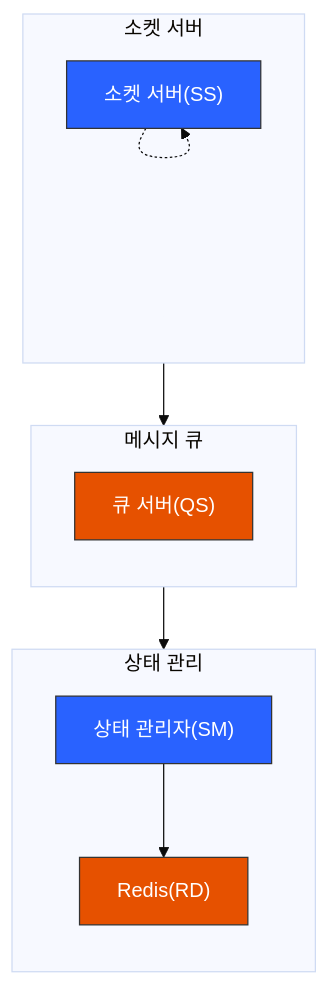
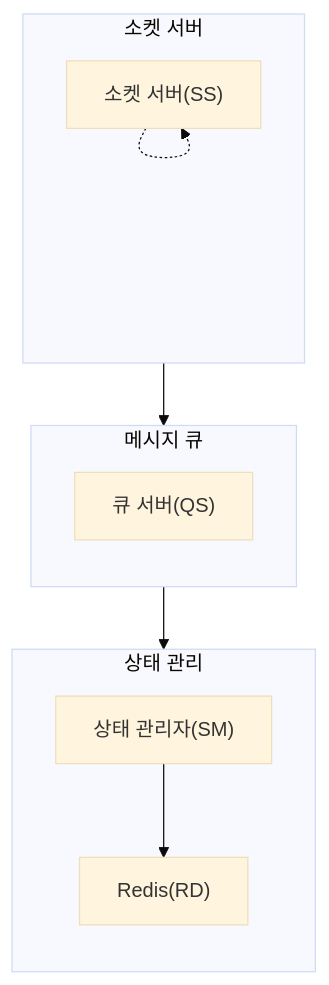
The first of 2 diagrams in 시나리오/03 소켓 서버 초기화 프로세스.md (ldmrepo/exam-arch), drawn with Mermaid (base theme) before and after one commit. The commit also changed 7 other files, not shown here.

Commit message:
상태 처리 다이어그램에서 스타일 제거 및 시퀀스 다이어그램 추가

````diff
--- a/시나리오/03 소켓 서버 초기화 프로세스.md
+++ b/시나리오/03 소켓 서버 초기화 프로세스.md
@@ -16,31 +16,26 @@
 ```mermaid
 flowchart TB
     subgraph SocketServer["소켓 서버"]
         direction TB
         SS["소켓 서버(SS)"]
     end
 
     subgraph Queue["메시지 큐"]
         direction TB
         QS["큐 서버(QS)"]
     end
 
     subgraph StateManagement["상태 관리"]
         direction TB
         SM["상태 관리자(SM)"]
         RD["Redis(RD)"]
     end
 
     SS --> QS
     QS --> SM
     SM --> RD
 
     %% 자체 설정 표시
     SS -.-> SS
 
-    style SS fill:#2962ff,stroke:#333,color:#fff
-    style QS fill:#e65100,stroke:#333,color:#fff
-    style SM fill:#2962ff,stroke:#333,color:#fff
-    style RD fill:#e65100,stroke:#333,color:#fff
-
 ```
````
